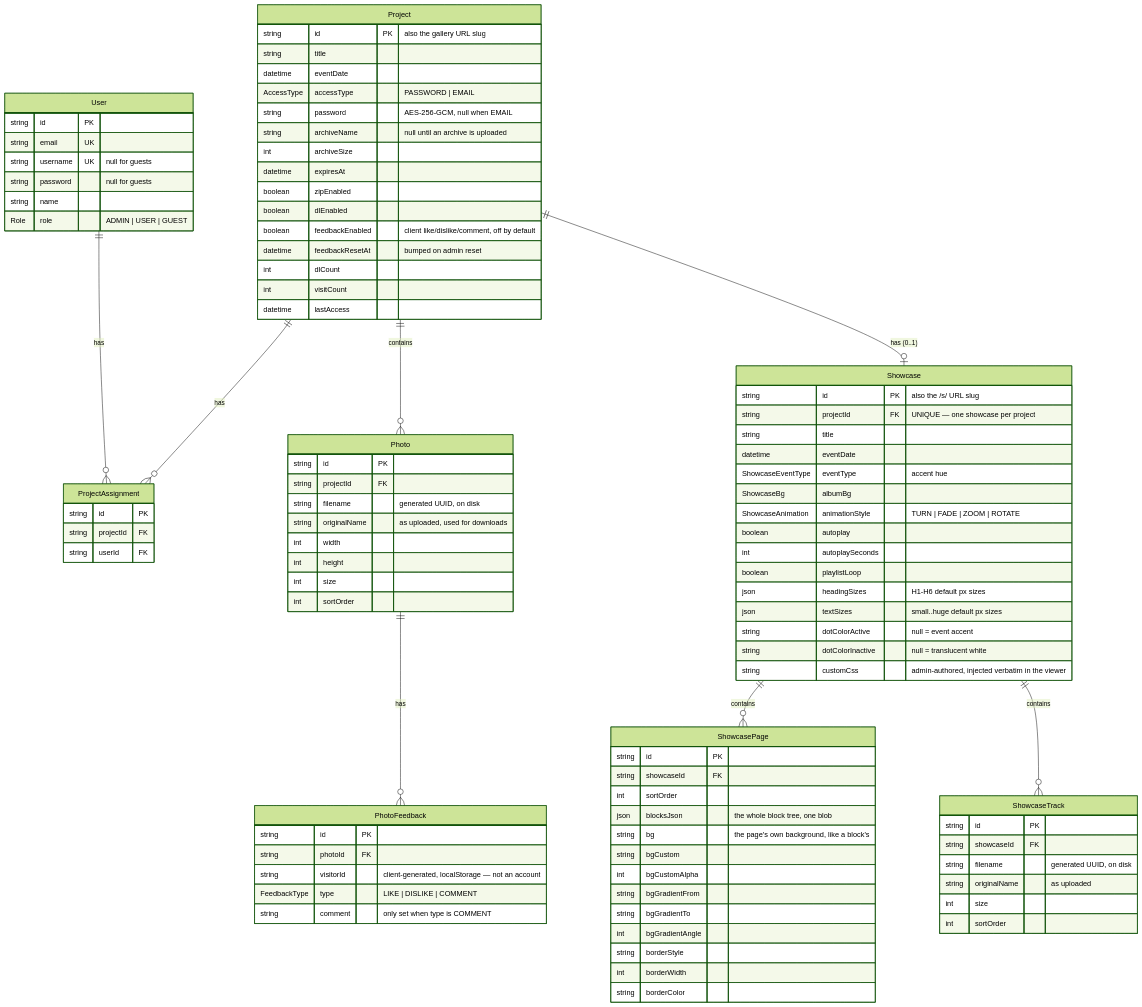
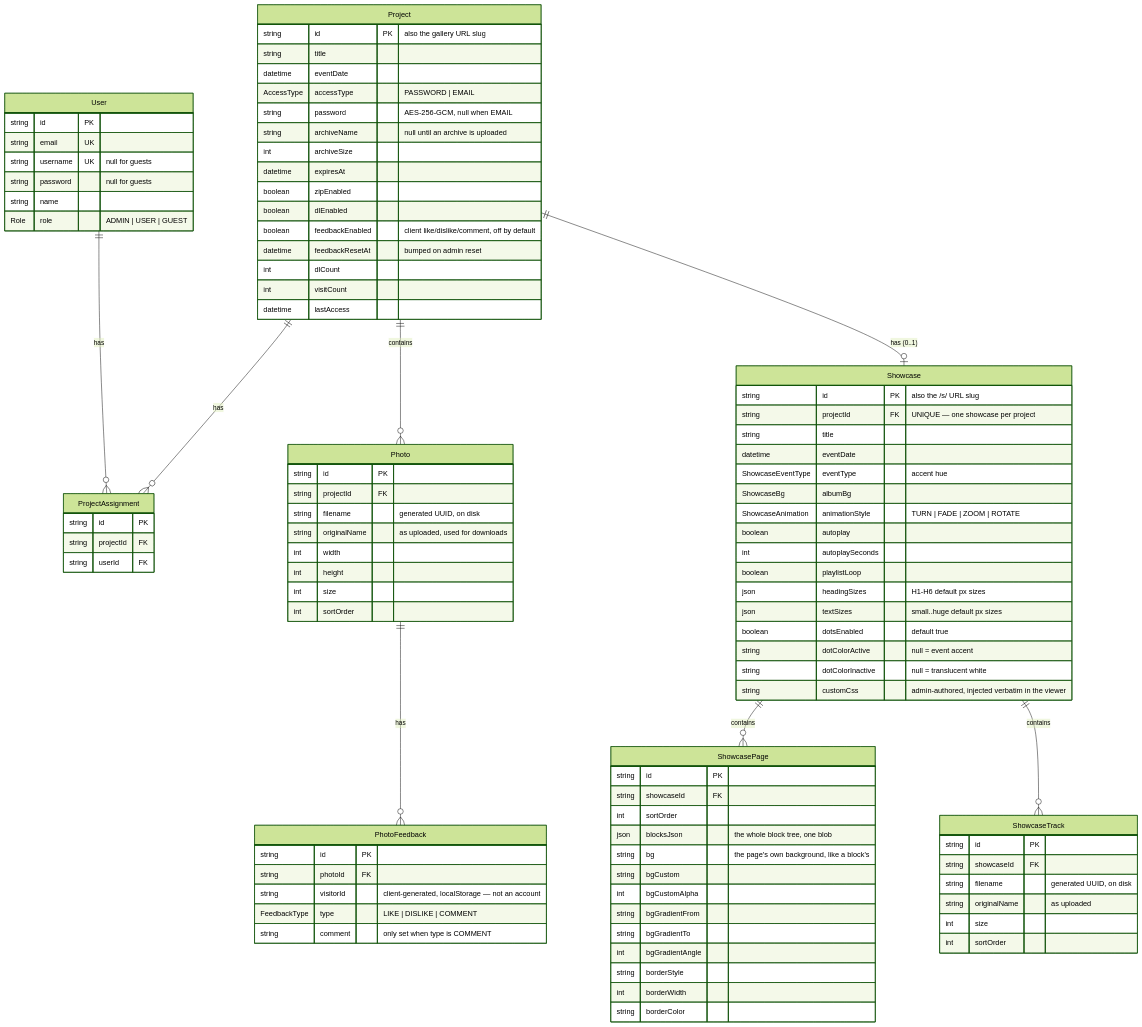
The first of 3 diagrams in ARCHITECTURE.md (Geobusteni/kuvalib), drawn with Mermaid (forest theme) before and after one commit. The commit also changed other lines of this file and 13 other files, not shown here.

```diff
--- a/ARCHITECTURE.md
+++ b/ARCHITECTURE.md
@@ -213,6 +213,7 @@
         boolean playlistLoop
         json headingSizes "H1-H6 default px sizes"
         json textSizes "small..huge default px sizes"
+        boolean dotsEnabled "default true"
         string dotColorActive "null = event accent"
         string dotColorInactive "null = translucent white"
         string customCss "admin-authored, injected verbatim in the viewer"
```
